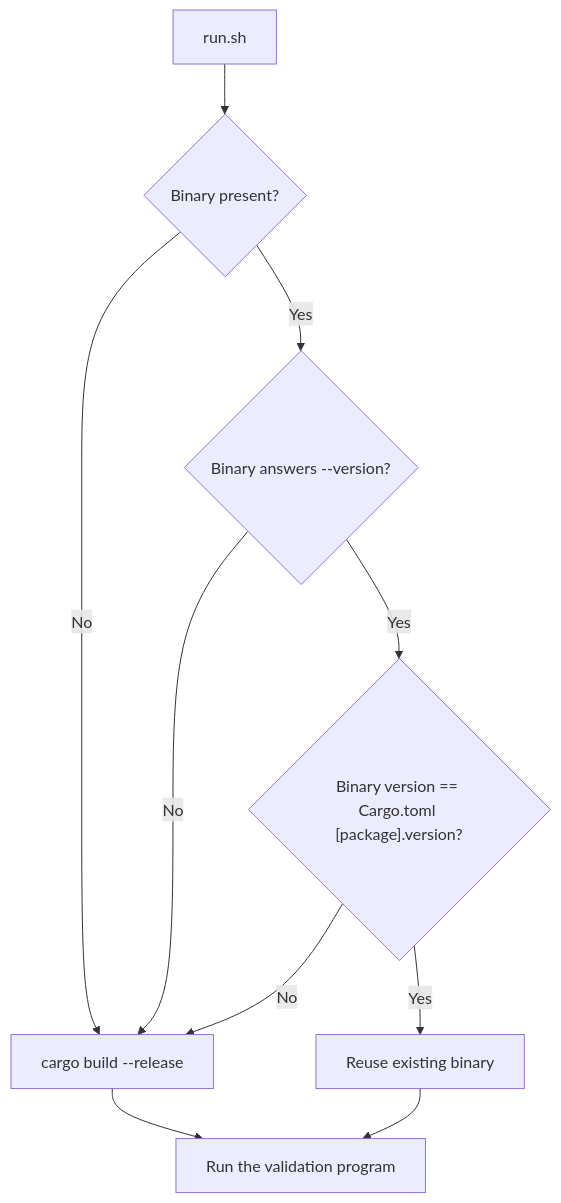
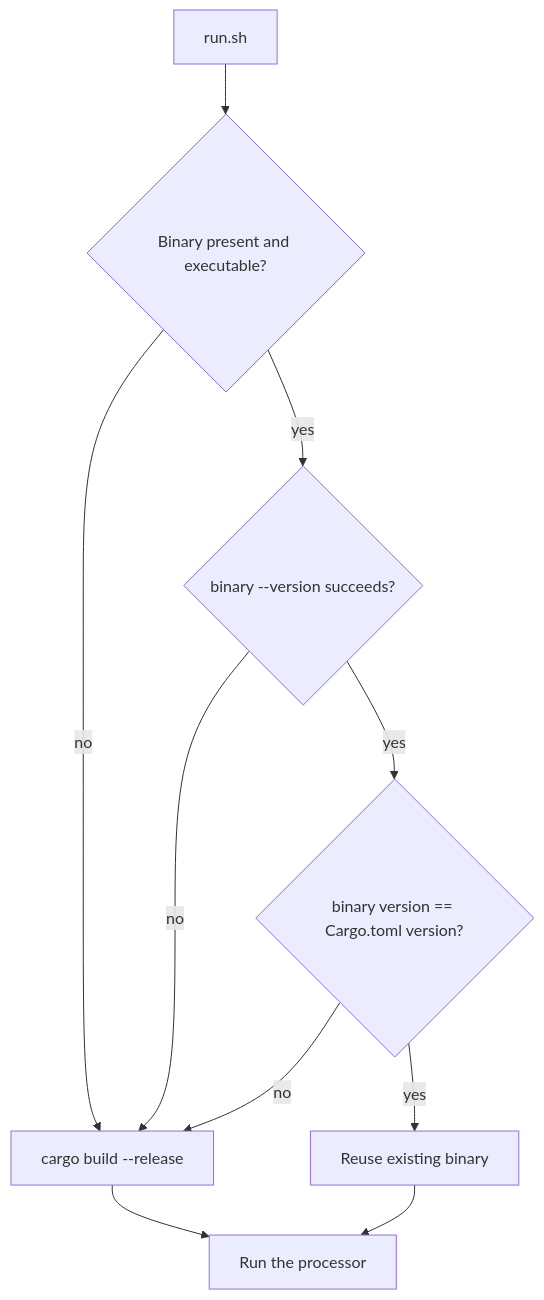
One commit to stSoftwareAU/GRQ-validation changed the first of 2 diagrams in docs/archive/pr-summaries/pr-summary-818.md. Above: the diagram before and after it, drawn with Mermaid. The commit also changed other lines of this file, not shown here.

First line of the commit message:
docs: PR summary for the stale-binary rebuild fix (Issue #818)

````diff
--- a/docs/archive/pr-summaries/pr-summary-818.md
+++ b/docs/archive/pr-summaries/pr-summary-818.md
@@ -55,12 +91,12 @@
 ```mermaid
 flowchart TD
-    A[run.sh] --> B{Binary present?}
-    B -- No --> R[cargo build --release]
-    B -- Yes --> C{"Binary answers --version?"}
-    C -- No --> R
-    C -- Yes --> D{"Binary version == Cargo.toml [package].version?"}
-    D -- No --> R
-    D -- Yes --> E[Reuse existing binary]
-    R --> F[Run the validation program]
+    A[run.sh] --> B{Binary present and executable?}
+    B -- no --> R[cargo build --release]
+    B -- yes --> C{"binary --version succeeds?"}
+    C -- no --> R
+    C -- yes --> D{"binary version == Cargo.toml version?"}
+    D -- no --> R
+    D -- yes --> E[Reuse existing binary]
+    R --> F[Run the processor]
     E --> F
 ```
````
